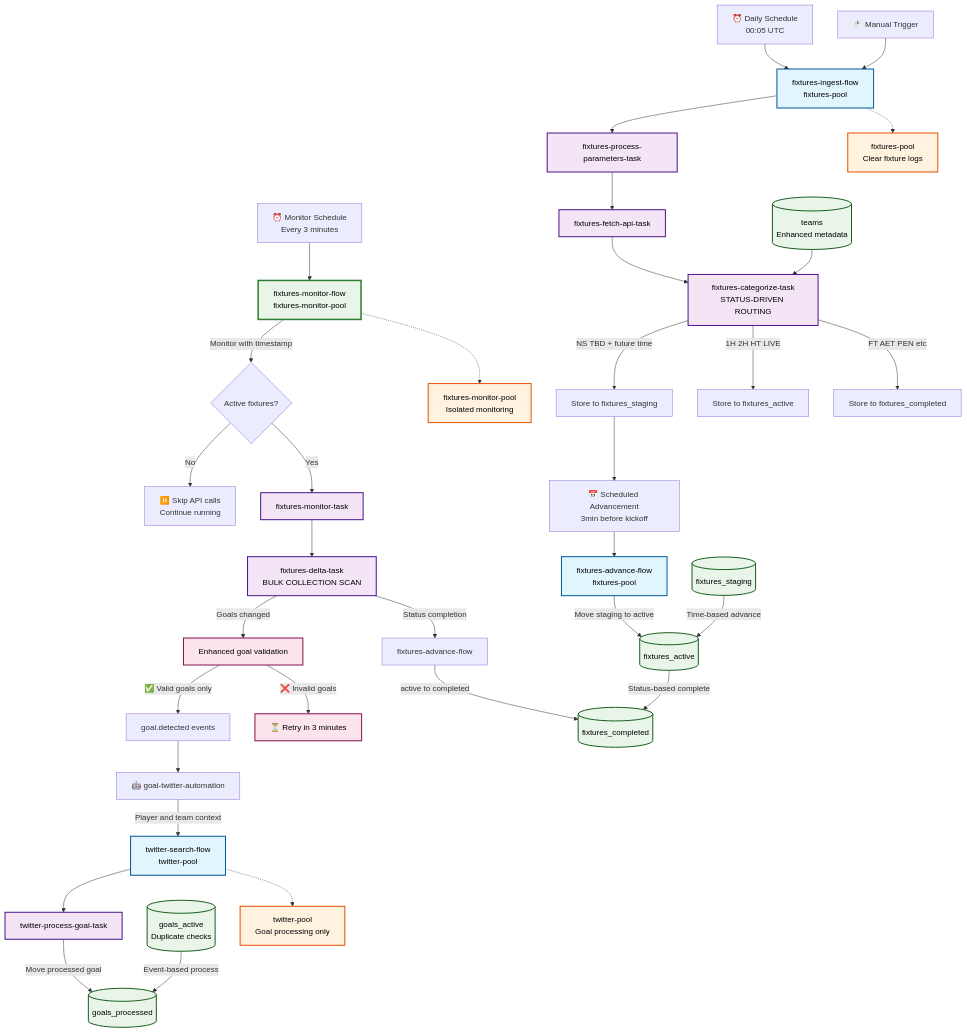
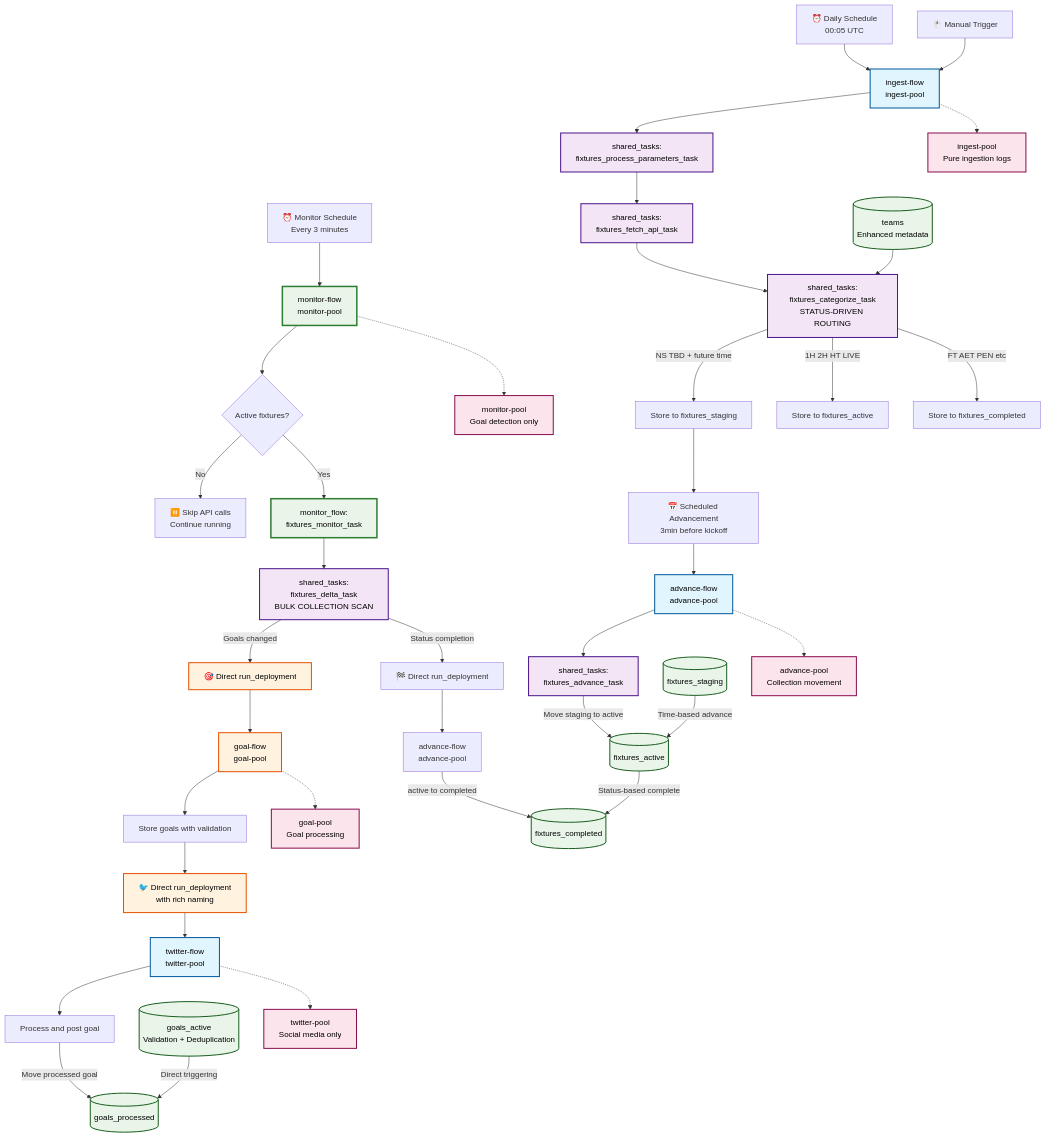
The first of 2 diagrams in README.md (vedantadhobley/found-footy), drawn with Mermaid before and after one commit. The commit also changed other lines of this file and 21 other files, not shown here.

Commit message:
Massive architecture shift to a more granuar flow pattern. Complete automation removal for simplicity.

````diff
--- a/README.md
+++ b/README.md
@@ -17,62 +21,70 @@
 ```mermaid
 graph TB
     %% External Triggers
-    Daily[⏰ Daily Schedule<br/>00:05 UTC] --> FIF[fixtures-ingest-flow<br/>fixtures-pool]
-    Monitor[⏰ Monitor Schedule<br/>Every 3 minutes] --> FMF[fixtures-monitor-flow<br/>fixtures-monitor-pool]
-    Manual[🖱️ Manual Trigger] --> FIF
+    Daily[⏰ Daily Schedule<br/>00:05 UTC] --> IF[ingest-flow<br/>ingest-pool]
+    Monitor[⏰ Monitor Schedule<br/>Every 3 minutes] --> MF[monitor-flow<br/>monitor-pool]
+    Manual[🖱️ Manual Trigger] --> IF
     
-    %% Ingest Flow - Status-Based Routing
-    FIF --> FPP[fixtures-process-parameters-task]
-    FPP --> FFA[fixtures-fetch-api-task]
-    FFA --> FCT[fixtures-categorize-task<br/>STATUS-DRIVEN ROUTING]
-    FCT --> |NS TBD + future time| STAGING[Store to fixtures_staging]
-    FCT --> |1H 2H HT LIVE| ACTIVE[Store to fixtures_active]
-    FCT --> |FT AET PEN etc| COMPLETED[Store to fixtures_completed]
+    %% Ingest Flow Domain - Status-Based Routing
+    IF --> ST1[shared_tasks:<br/>fixtures_process_parameters_task]
+    ST1 --> ST2[shared_tasks:<br/>fixtures_fetch_api_task]
+    ST2 --> ST3[shared_tasks:<br/>fixtures_categorize_task<br/>STATUS-DRIVEN ROUTING]
+    ST3 --> |NS TBD + future time| STAGING[Store to fixtures_staging]
+    ST3 --> |1H 2H HT LIVE| ACTIVE[Store to fixtures_active]
+    ST3 --> |FT AET PEN etc| COMPLETED[Store to fixtures_completed]
+    
+    %% Advance Flow Domain
     STAGING --> SCHED[📅 Scheduled Advancement<br/>3min before kickoff]
+    SCHED --> AF[advance-flow<br/>advance-pool]
+    AF --> ST4[shared_tasks:<br/>fixtures_advance_task]
+    ST4 --> |Move staging to active| FA[(fixtures_active)]
     
-    %% Universal Advance Flow
-    SCHED --> FAF[fixtures-advance-flow<br/>fixtures-pool]
-    FAF --> |Move staging to active| FA[(fixtures_active)]
+    %% Monitor Flow Domain - Dedicated Pool
+    MF --> CHECK{Active fixtures?}
+    CHECK -->|No| SKIP[⏸️ Skip API calls<br/>Continue running]
+    CHECK -->|Yes| MT[monitor_flow:<br/>fixtures_monitor_task]
+    MT --> ST5[shared_tasks:<br/>fixtures_delta_task<br/>BULK COLLECTION SCAN]
+    ST5 --> |Goals changed| GOAL_TRIGGER[🎯 Direct run_deployment]
+    ST5 --> |Status completion| COMP_TRIGGER[🏁 Direct run_deployment]
     
-    %% Dedicated Monitor Flow
-    FMF --> |Monitor with timestamp| CHECK{Active fixtures?}
-    CHECK -->|No| SKIP[⏸️ Skip API calls<br/>Continue running]
-    CHECK -->|Yes| FMT[fixtures-monitor-task]
-    FMT --> FDT[fixtures-delta-task<br/>BULK COLLECTION SCAN]
-    FDT --> |Goals changed| HANDLE[Enhanced goal validation]
-    FDT --> |Status completion| COMPLETE[fixtures-advance-flow]
-    HANDLE --> |✅ Valid goals only| GTE[goal.detected events]
-    HANDLE --> |❌ Invalid goals| RETRY[⏳ Retry in 3 minutes]
-    COMPLETE --> |active to completed| FP[(fixtures_completed)]
+    %% Goal Flow Domain - Direct Triggering
+    GOAL_TRIGGER --> GF[goal-flow<br/>goal-pool]
+    GF --> STORE_GOAL[Store goals with validation]
+    STORE_GOAL --> TWITTER_TRIGGER[🐦 Direct run_deployment<br/>with rich naming]
     
-    %% Event-Driven Goal Processing
-    GTE --> AUT[🤖 goal-twitter-automation]
-    AUT --> |Player and team context| TSF[twitter-search-flow<br/>twitter-pool]
-    TSF --> TPT[twitter-process-goal-task]
-    TPT --> |Move processed goal| GP[(goals_processed)]
+    %% Twitter Flow Domain
+    TWITTER_TRIGGER --> TF[twitter-flow<br/>twitter-pool]
+    TF --> PROCESS[Process and post goal]
+    PROCESS --> |Move processed goal| GP[(goals_processed)]
     
-    %% Data Collections with Duplicate Prevention
+    %% Completion Flow
+    COMP_TRIGGER --> AF2[advance-flow<br/>advance-pool]
+    AF2 --> |active to completed| FC[(fixtures_completed)]
+    
+    %% Data Collections
     FS[(fixtures_staging)] --> |Time-based advance| FA
-    FA --> |Status-based complete| FP
-    GA[(goals_active<br/>Duplicate checks)] --> |Event-based process| GP
-    TS[(teams<br/>Enhanced metadata)] --> FCT
+    FA --> |Status-based complete| FC
+    GA[(goals_active<br/>Validation + Deduplication)] --> |Direct triggering| GP
+    TS[(teams<br/>Enhanced metadata)] --> ST3
     
-    %% Worker Pool Isolation
-    FIF -.-> POOL1[fixtures-pool<br/>Clear fixture logs]
-    FMF -.-> POOL2[fixtures-monitor-pool<br/>Isolated monitoring]
-    TSF -.-> POOL3[twitter-pool<br/>Goal processing only]
+    %% Worker Pool Isolation with Clear Logs
+    IF -.-> POOL1[ingest-pool<br/>Pure ingestion logs]
+    MF -.-> POOL2[monitor-pool<br/>Goal detection only]
+    AF -.-> POOL3[advance-pool<br/>Collection movement]
+    GF -.-> POOL4[goal-pool<br/>Goal processing]
+    TF -.-> POOL5[twitter-pool<br/>Social media only]
     
-    classDef flow fill:#e1f5fe,stroke:#01579b,stroke-width:2px,color:#000
+    classDef ingest fill:#e1f5fe,stroke:#01579b,stroke-width:2px,color:#000
     classDef monitor fill:#e8f5e8,stroke:#2e7d32,stroke-width:3px,color:#000
-    classDef task fill:#f3e5f5,stroke:#4a148c,stroke-width:2px,color:#000
+    classDef goal fill:#fff3e0,stroke:#e65100,stroke-width:2px,color:#000
+    classDef shared fill:#f3e5f5,stroke:#4a148c,stroke-width:2px,color:#000
     classDef collection fill:#e8f5e8,stroke:#1b5e20,stroke-width:2px,color:#000
-    classDef pool fill:#fff3e0,stroke:#e65100,stroke-width:2px,color:#000
-    classDef validation fill:#fce4ec,stroke:#880e4f,stroke-width:2px,color:#000
+    classDef pool fill:#fce4ec,stroke:#880e4f,stroke-width:2px,color:#000
     
-    class FIF,FAF,TSF flow
-    class FMF monitor
-    class FPP,FFA,FCT,FMT,FDT,TPT task
-    class FS,FA,FP,GA,GP,TS collection
-    class POOL1,POOL2,POOL3 pool
-    class HANDLE,RETRY validation
+    class IF,AF,TF ingest
+    class MF,MT monitor
+    class GF,TWITTER_TRIGGER,GOAL_TRIGGER goal
+    class ST1,ST2,ST3,ST4,ST5 shared
+    class FS,FA,FC,GA,GP,TS collection
+    class POOL1,POOL2,POOL3,POOL4,POOL5 pool
 ```
````
